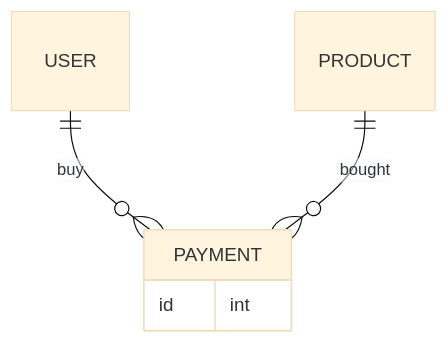
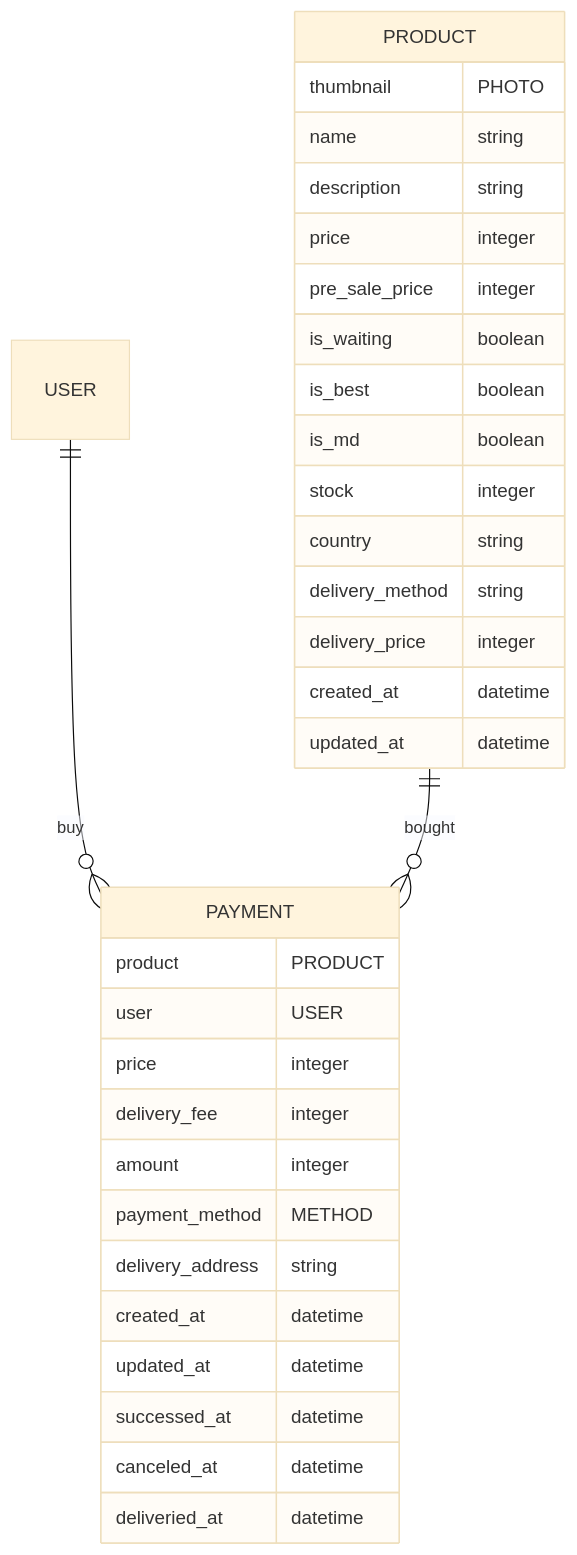
Before and after one commit to 5th-wanted-preonbording-be-teamC/store-management-system: the diagram in README.md, drawn with Mermaid (base theme). The commit also changed other lines of this file, not shown here.

Commit message:
DOCS: Payment, Product 모델 설명 추가
Payment, Product 모델에 대한 설명을 추가했습니다.

````diff
--- a/README.md
+++ b/README.md
@@ -6,12 +6,37 @@
 ```mermaid
 erDiagram
 PAYMENT{
-    id int
+    product PRODUCT
+    user USER
+    price integer
+    delivery_fee integer
+    amount integer
+    payment_method METHOD
+    delivery_address string
+    created_at datetime
+    updated_at datetime
+    successed_at datetime
+    canceled_at datetime
+    deliveried_at datetime
 }
 PRODUCT{
+    thumbnail PHOTO
+    name string
+    description string
+    price integer
+    pre_sale_price integer
+    is_waiting boolean
+    is_best boolean
+    is_md boolean
+    stock integer
+    country string
+    delivery_method string
+    delivery_price integer
+    created_at datetime
+    updated_at datetime
 }
 USER{
 }
 USER ||--o{ PAYMENT : buy
 PRODUCT ||--o{ PAYMENT : bought
 ```
````
